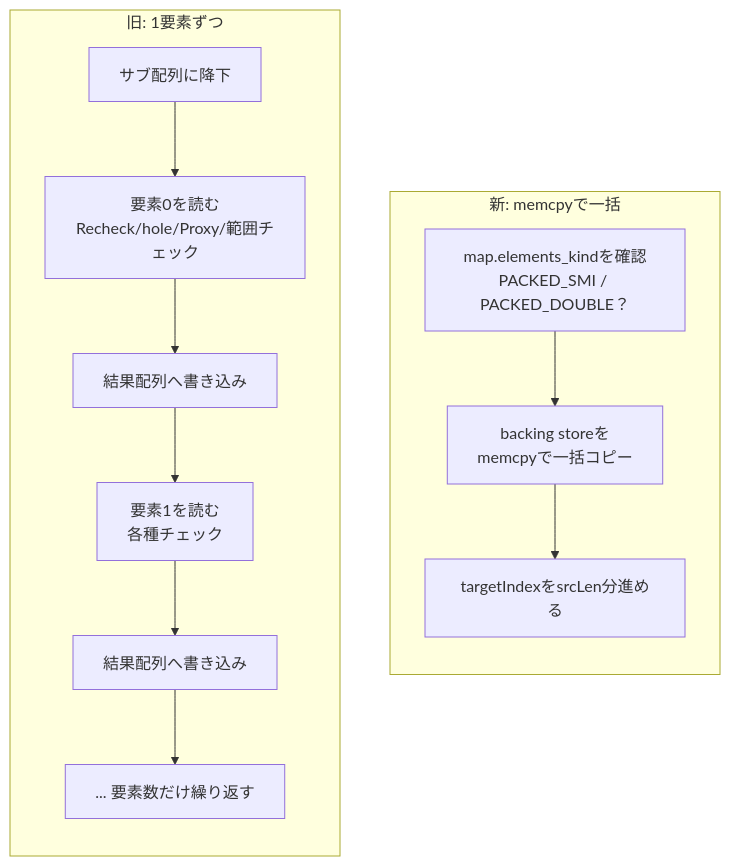
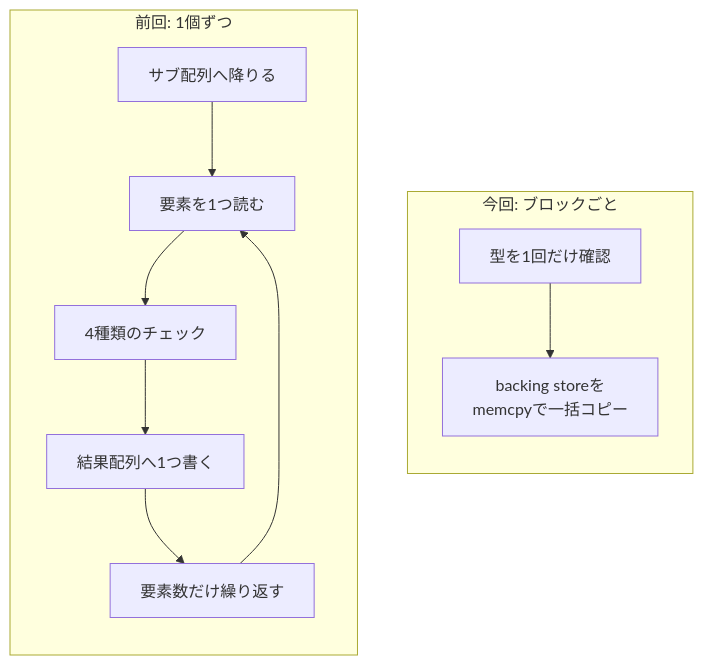
One commit to riya-amemiya/amemiya_riya_zenn_data changed the first of 7 diagrams in articles/e12fbacc8e761c.md. Above: the diagram before and after it, drawn with Mermaid. The commit also changed other lines of this file, not shown here.

First line of the commit message:
Rework Array.flat bulk-copy article for readability (figures, tables, deeper PACKED_ELEMENTS) (#180)

````diff
--- a/articles/e12fbacc8e761c.md
+++ b/articles/e12fbacc8e761c.md
@@ -125,19 +99,18 @@
 ```mermaid
 flowchart LR
-    subgraph old ["旧: 1要素ずつ"]
+    subgraph old ["前回: 1個ずつ"]
         direction TB
-        O1["サブ配列に降下"] --> O2["要素0を読む<br>Recheck/hole/Proxy/範囲チェック"]
-        O2 --> O3["結果配列へ書き込み"]
-        O3 --> O4["要素1を読む<br>各種チェック"]
-        O4 --> O5["結果配列へ書き込み"]
-        O5 --> O6["... 要素数だけ繰り返す"]
+        O1["サブ配列へ降りる"] --> O2["要素を1つ読む"]
+        O2 --> O3["4種類のチェック"]
+        O3 --> O4["結果配列へ1つ書く"]
+        O4 --> O5["要素数だけ繰り返す"]
+        O5 --> O2
     end
 
     old ~~~ new
 
-    subgraph new ["新: memcpyで一括"]
+    subgraph new ["今回: ブロックごと"]
         direction TB
-        N1["map.elements_kindを確認<br>PACKED_SMI / PACKED_DOUBLE？"] --> N2["backing storeを<br>memcpyで一括コピー"]
-        N2 --> N3["targetIndexをsrcLen分進める"]
+        N1["型を1回だけ確認"] --> N2["backing storeを<br>memcpyで一括コピー"]
     end
 ```
````
